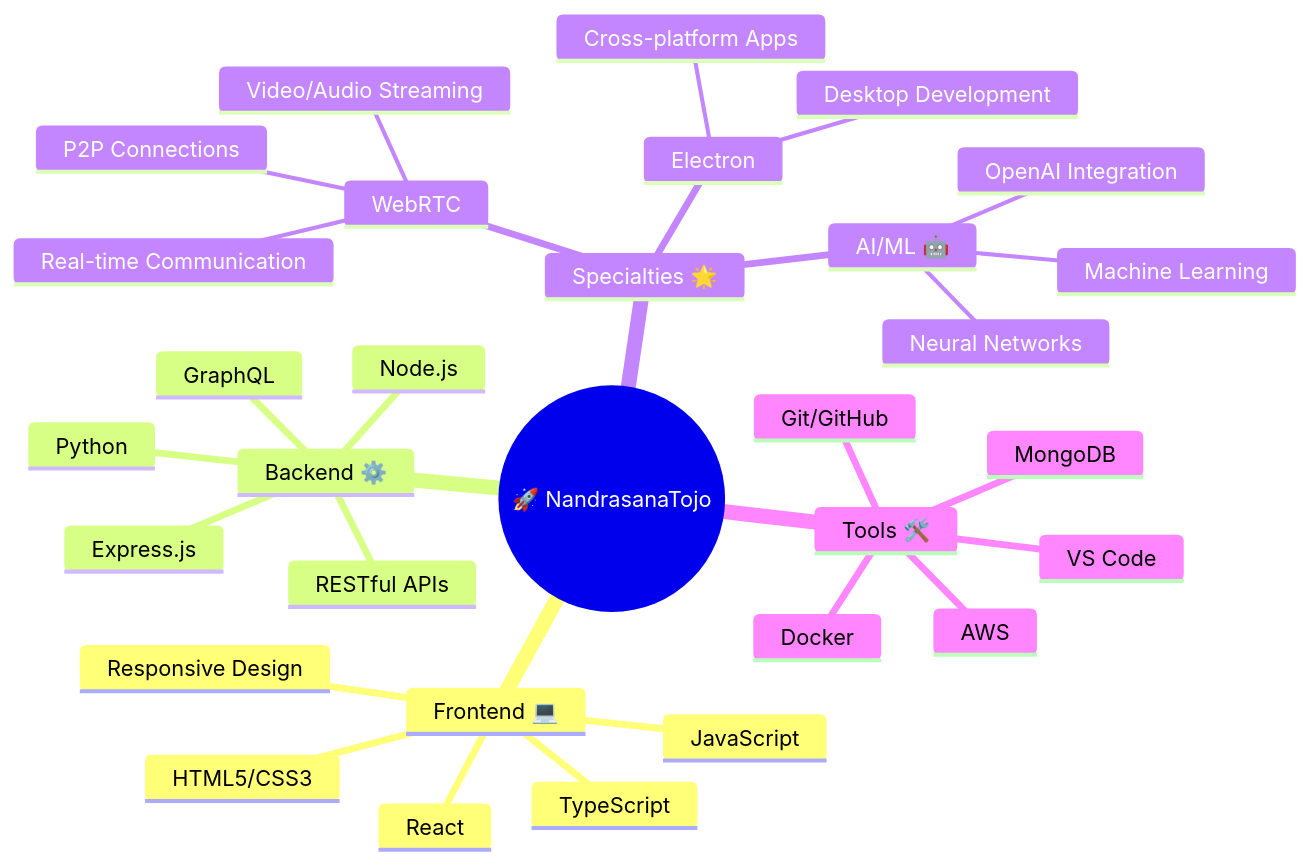
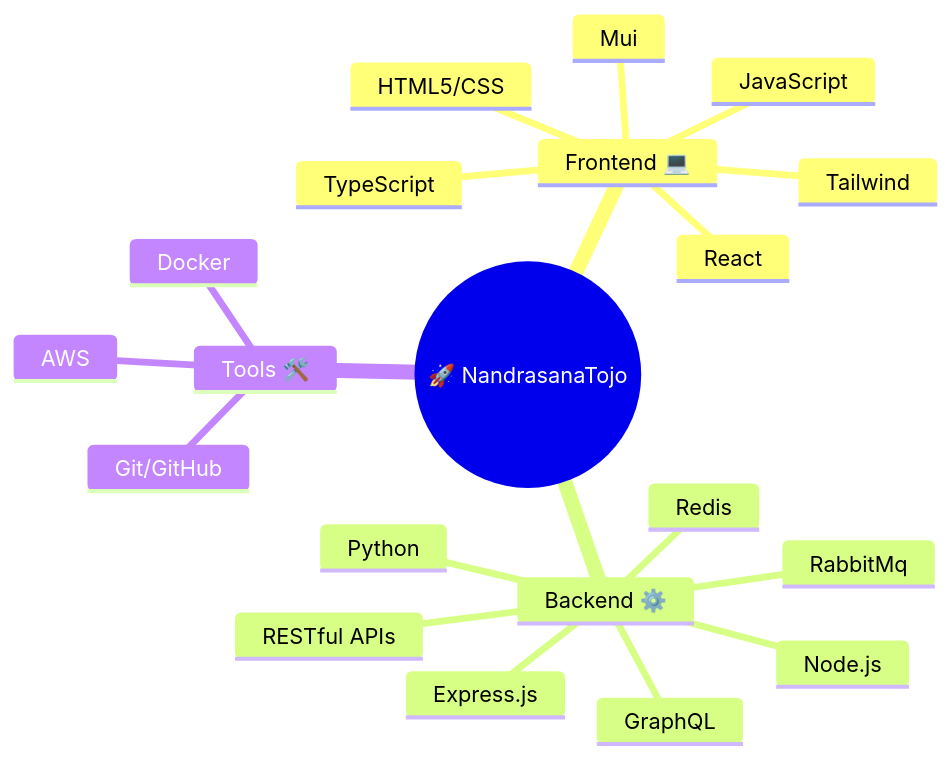
Before and after one commit to NandrasanaTojo/NandrasanaTojo: the diagram in README.md, drawn with Mermaid. The commit also changed other lines of this file, not shown here.

````diff
--- a/README.md
+++ b/README.md
@@ -70,34 +47,23 @@
 ```mermaid
 mindmap
   root((🚀 NandrasanaTojo))
     Frontend 💻
       JavaScript
       TypeScript  
       React
-      HTML5/CSS3
-      Responsive Design
+      HTML5/CSS
+      Mui
+      Tailwind
     Backend ⚙️
       Node.js
       Express.js
       Python
       RESTful APIs
       GraphQL
-    Specialties 🌟
-      WebRTC
-        Real-time Communication
-        Video/Audio Streaming
-        P2P Connections
-      Electron
-        Cross-platform Apps
-        Desktop Development
-      AI/ML 🤖
-        Machine Learning
-        Neural Networks
-        OpenAI Integration
+      RabbitMq
+      Redis
     Tools 🛠️
       Git/GitHub
       Docker
-      VS Code
       AWS
-      MongoDB
 ```
````
